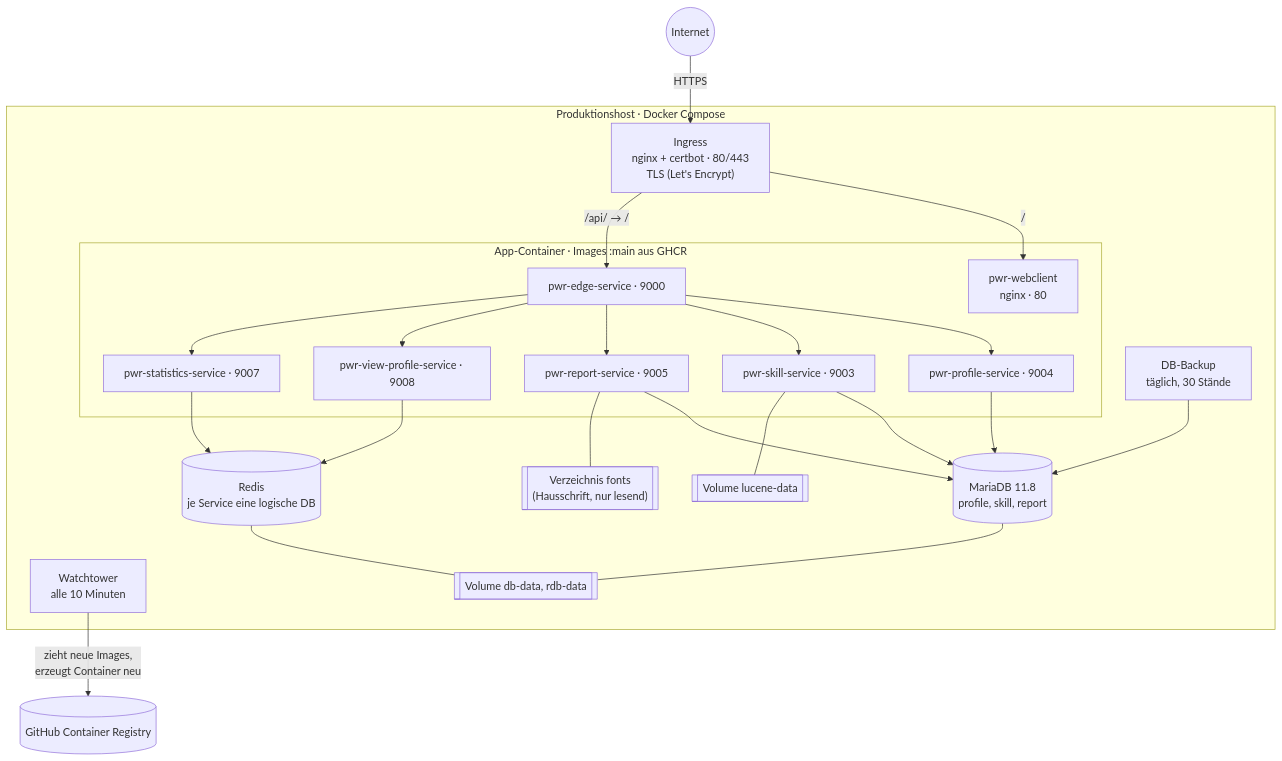
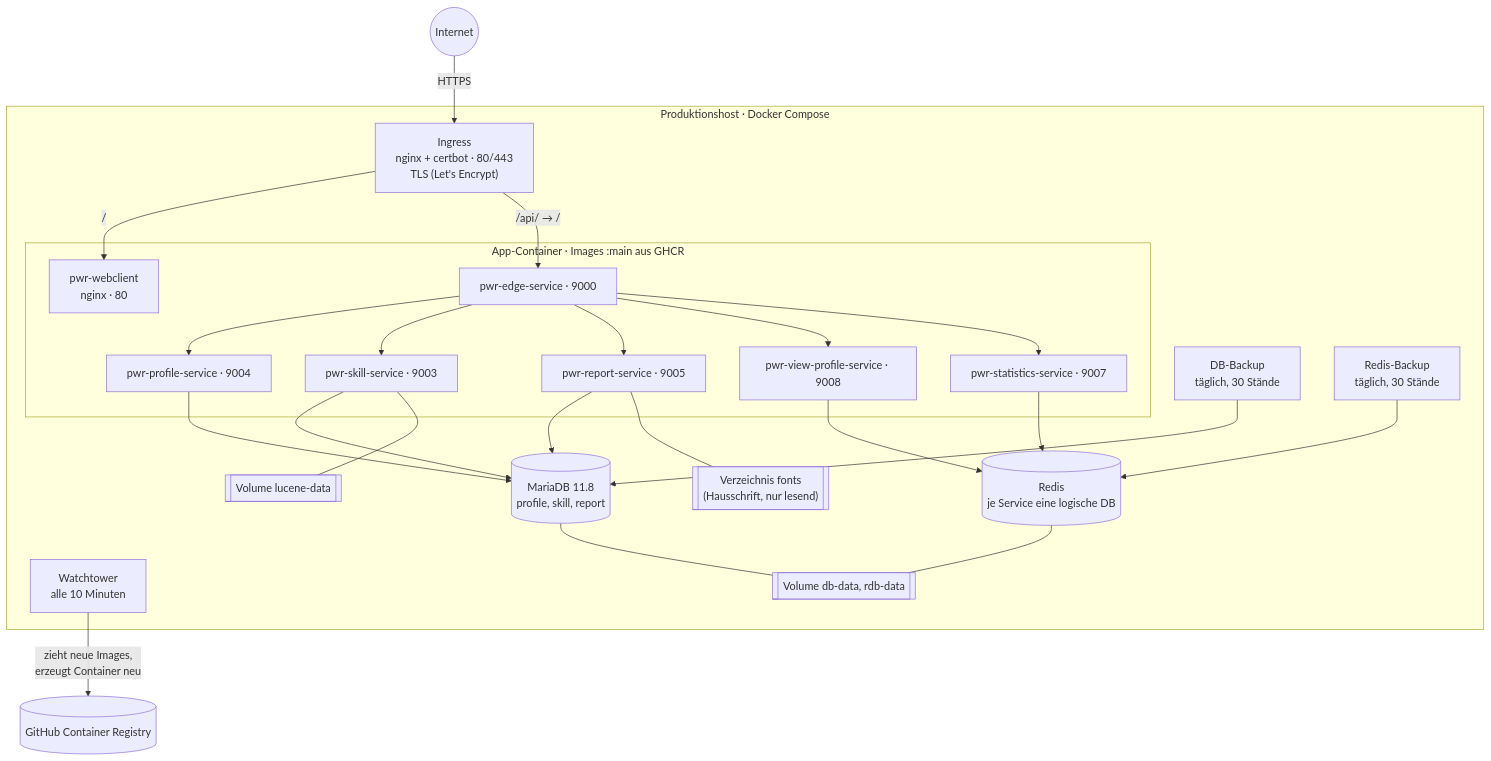
The first of 3 diagrams in docs/arc42/07-verteilungssicht.md (HBTGmbH/hbt-power), drawn with Mermaid before and after one commit. The commit also changed other lines of this file and 1 other file, not shown here.

First line of the commit message:
#251 - Redis-Backup in arc42: täglicher Dump, Risiko O3 entfällt (#275)

````diff
--- a/docs/arc42/07-verteilungssicht.md
+++ b/docs/arc42/07-verteilungssicht.md
@@ -7,37 +7,39 @@
 ```mermaid
 flowchart TB
     NET((Internet))
     subgraph HOST[Produktionshost · Docker Compose]
         ING["Ingress<br/>nginx + certbot · 80/443<br/>TLS (Let's Encrypt)"]
         subgraph APP[App-Container · Images :main aus GHCR]
             WC["pwr-webclient<br/>nginx · 80"]
             EG["pwr-edge-service · 9000"]
             PR["pwr-profile-service · 9004"]
             SK["pwr-skill-service · 9003"]
             RP["pwr-report-service · 9005"]
             VP["pwr-view-profile-service · 9008"]
             ST["pwr-statistics-service · 9007"]
         end
         DB[("MariaDB 11.8<br/>profile, skill, report")]
         RD[("Redis<br/>je Service eine logische DB")]
         WT["Watchtower<br/>alle 10 Minuten"]
         BK["DB-Backup<br/>täglich, 30 Stände"]
+        RB["Redis-Backup<br/>täglich, 30 Stände"]
         V1[["Volume lucene-data"]]
         V2[["Verzeichnis fonts<br/>(Hausschrift, nur lesend)"]]
         V3[["Volume db-data, rdb-data"]]
     end
     GHCR[(GitHub Container Registry)]
 
     NET -->|HTTPS| ING
     ING -->|"/"| WC
     ING -->|"/api/ → /"| EG
     EG --> PR & SK & RP & VP & ST
     PR & SK & RP --> DB
     VP & ST --> RD
     SK --- V1
     RP --- V2
     DB --- V3
     RD --- V3
     BK --> DB
+    RB --> RD
     WT -->|"zieht neue Images,<br/>erzeugt Container neu"| GHCR
 ```
````
